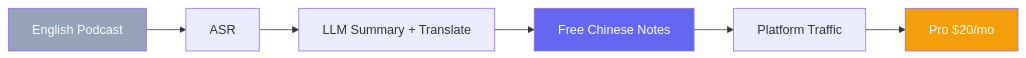
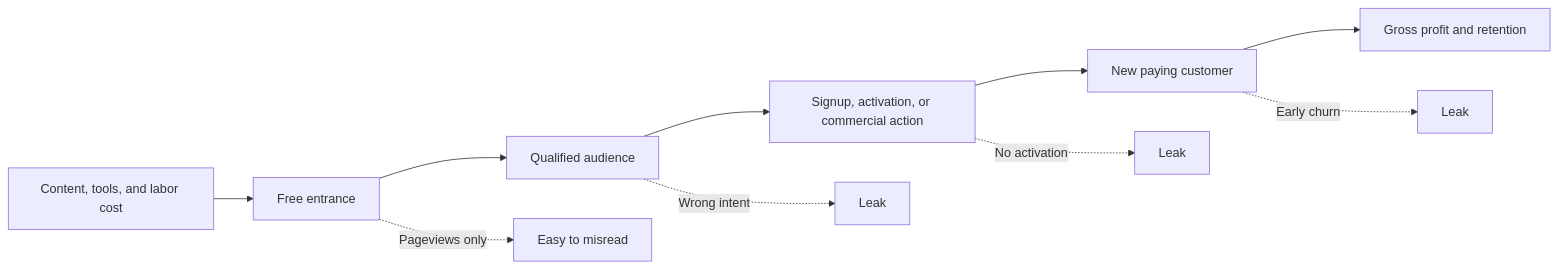
Before and after one commit to vincentxuu/quidproquo: the first of 2 diagrams in src/content/posts/product/2026-09-16-free-content-side-monetization-en.md, drawn with Mermaid. The commit also changed other lines of this file and 108 other files, not shown here.

````diff
--- a/src/content/posts/product/2026-09-16-free-content-side-monetization-en.md
+++ b/src/content/posts/product/2026-09-16-free-content-side-monetization-en.md
@@ -138,11 +26,12 @@
 ```mermaid
-graph LR
-    A[English Podcast] --> B[ASR]
-    B --> C[LLM Summary + Translate]
-    C --> D[Free Chinese Notes]
-    D --> E[Platform Traffic]
-    E --> F[Pro $20/mo]
-    style A fill:#94a3b8,color:#fff
-    style D fill:#6366f1,color:#fff
-    style F fill:#f59e0b,color:#fff
+flowchart LR
+    A[Content, tools, and labor cost] --> B[Free entrance]
+    B --> C[Qualified audience]
+    C --> D[Signup, activation, or commercial action]
+    D --> E[New paying customer]
+    E --> F[Gross profit and retention]
+    B -.Pageviews only.-> X[Easy to misread]
+    C -.Wrong intent.-> L1[Leak]
+    D -.No activation.-> L2[Leak]
+    E -.Early churn.-> L3[Leak]
 ```
````
